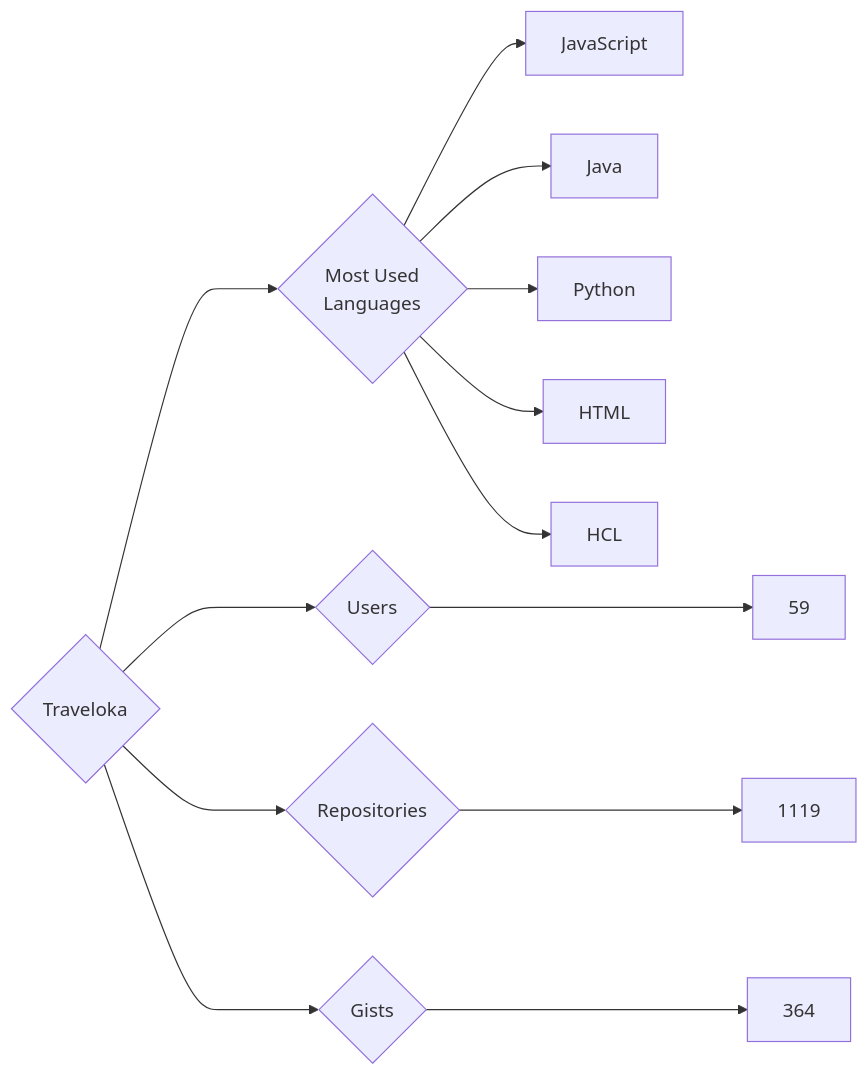
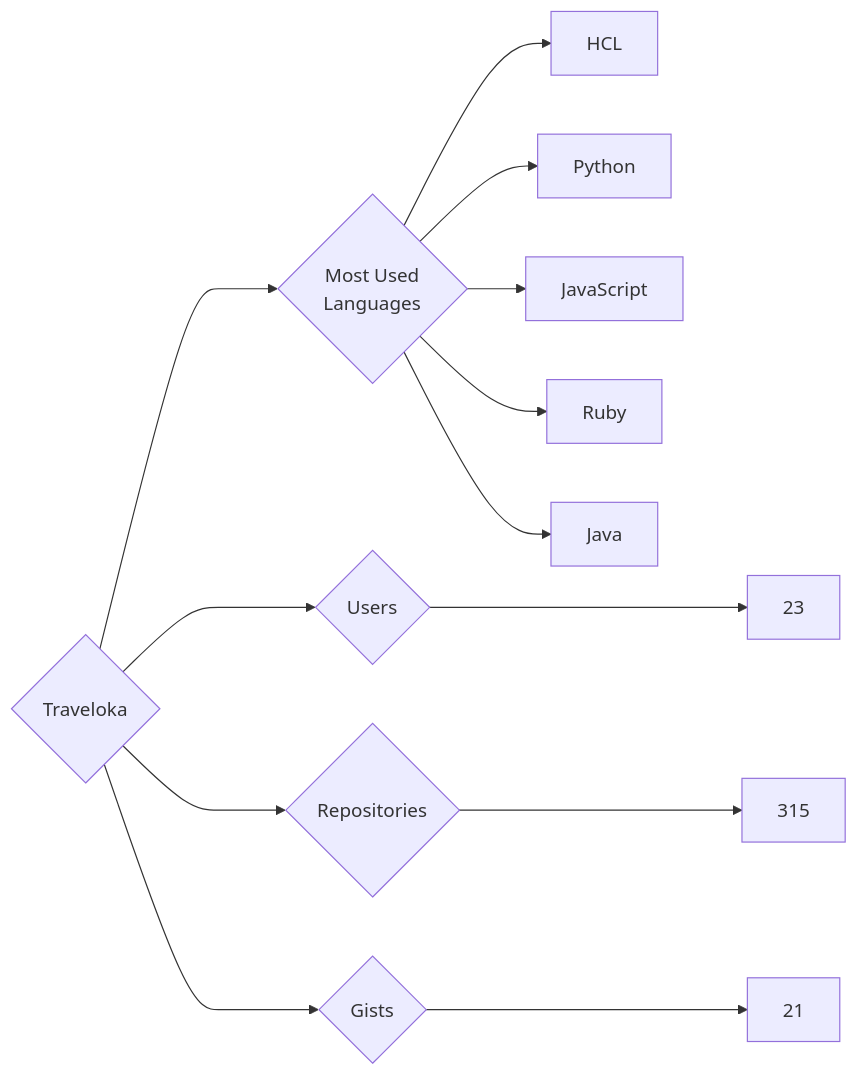
Before and after one commit to trickest/insiders: the diagram in targets/Traveloka/README.md, drawn with Mermaid. The commit also changed 582 other files, not shown here.

````diff
--- a/targets/Traveloka/README.md
+++ b/targets/Traveloka/README.md
@@ -3,13 +3,13 @@
 ```mermaid
 graph LR
 COMPANY_NAME{Traveloka}
-COMPANY_NAME ---> U{Users} ---> UN[59]
-COMPANY_NAME ---> R{Repositories} ---> RN[1119]
-COMPANY_NAME ---> G{Gists} ---> GN[364]
+COMPANY_NAME ---> U{Users} ---> UN[23]
+COMPANY_NAME ---> R{Repositories} ---> RN[315]
+COMPANY_NAME ---> G{Gists} ---> GN[21]
 COMPANY_NAME ---> ML{Most Used<br>Languages}
+ML --> HCL[HCL]
+ML --> Python[Python]
 ML --> JavaScript[JavaScript]
+ML --> Ruby[Ruby]
 ML --> Java[Java]
-ML --> Python[Python]
-ML --> HTML[HTML]
-ML --> HCL[HCL]
 ```
````
